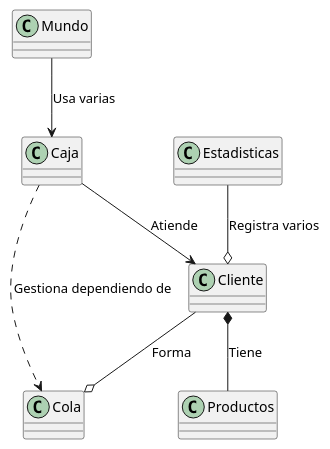
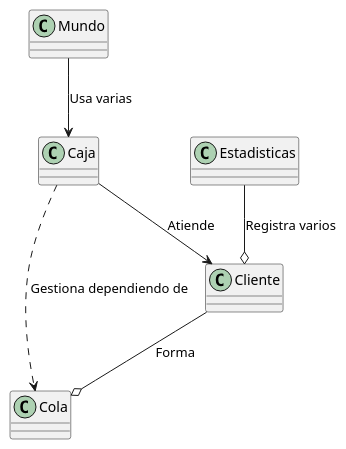
The diagram in modelosUML y svg/UML/diagramaClases.puml (mmasias/24-25-IdSw2-SDD), drawn with PlantUML before and after one commit. The commit also changed 1 other file, not shown here.

Commit message:
eliminacion de productos del diagrama ya que es un atributo de cliente

```diff
--- a/modelosUML y svg/UML/diagramaClases.puml
+++ b/modelosUML y svg/UML/diagramaClases.puml
@@ -1,24 +1,22 @@
 @startuml
 
 class Mundo {
 }
 class Caja {
 }
 class Cola {
 }
 class Cliente {
 }
-class Productos {
-}
+
 class Estadisticas {
 }
 
 
 Mundo --> Caja : "Usa varias"
 Caja --> Cliente : "Atiende"
-Cliente *-- Productos : "Tiene"
 Cliente --o Cola : "Forma"
 Caja ..> Cola : "Gestiona dependiendo de"
 Estadisticas --o Cliente : "Registra varios"
 
 @enduml
```
